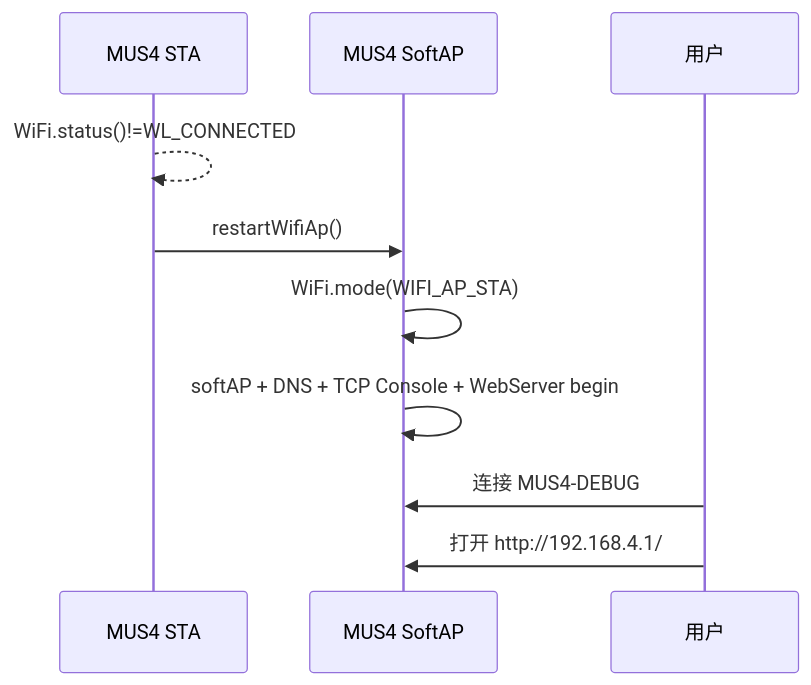
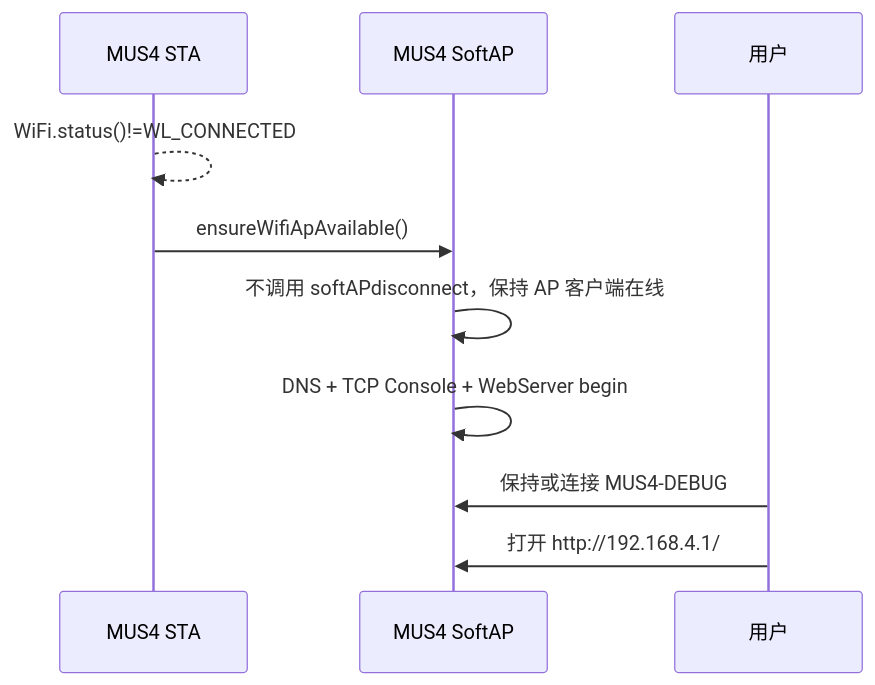
The fifth of 5 diagrams in Doc/Inspect/wifi-ap-sta-lifecycle-inspection.md (DonkeyDrift/Firmware), drawn with Mermaid before and after one commit. The commit also changed other lines of this file and 2 other files, not shown here.

First line of the commit message:
fix(wifi): 修复STA断开时误踢AP客户端的问题

````diff
--- a/Doc/Inspect/wifi-ap-sta-lifecycle-inspection.md
+++ b/Doc/Inspect/wifi-ap-sta-lifecycle-inspection.md
@@ -511,13 +514,13 @@
 ```mermaid
 sequenceDiagram
     participant STA as MUS4 STA
     participant AP as MUS4 SoftAP
     participant U as 用户
 
     STA-->>STA: WiFi.status()!=WL_CONNECTED
-    STA->>AP: restartWifiAp()
-    AP->>AP: WiFi.mode(WIFI_AP_STA)
-    AP->>AP: softAP + DNS + TCP Console + WebServer begin
-    U->>AP: 连接 MUS4-DEBUG
+    STA->>AP: ensureWifiApAvailable()
+    AP->>AP: 不调用 softAPdisconnect，保持 AP 客户端在线
+    AP->>AP: DNS + TCP Console + WebServer begin
+    U->>AP: 保持或连接 MUS4-DEBUG
     U->>AP: 打开 http://192.168.4.1/
 ```
````
